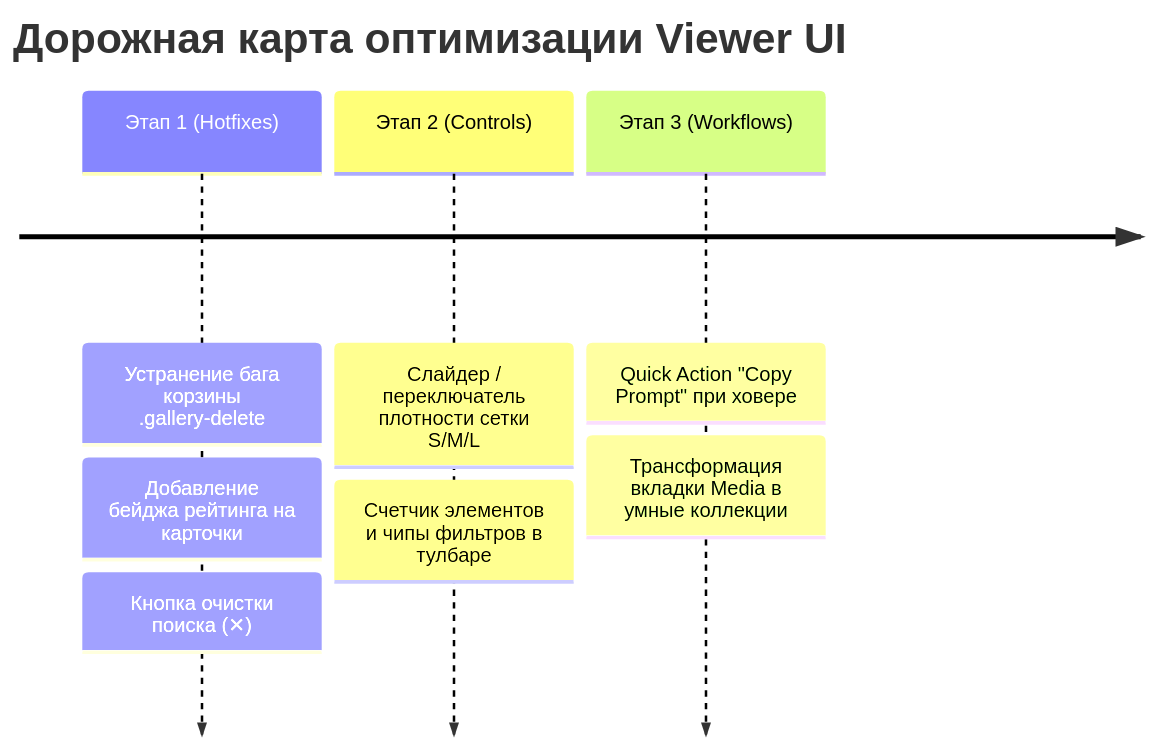
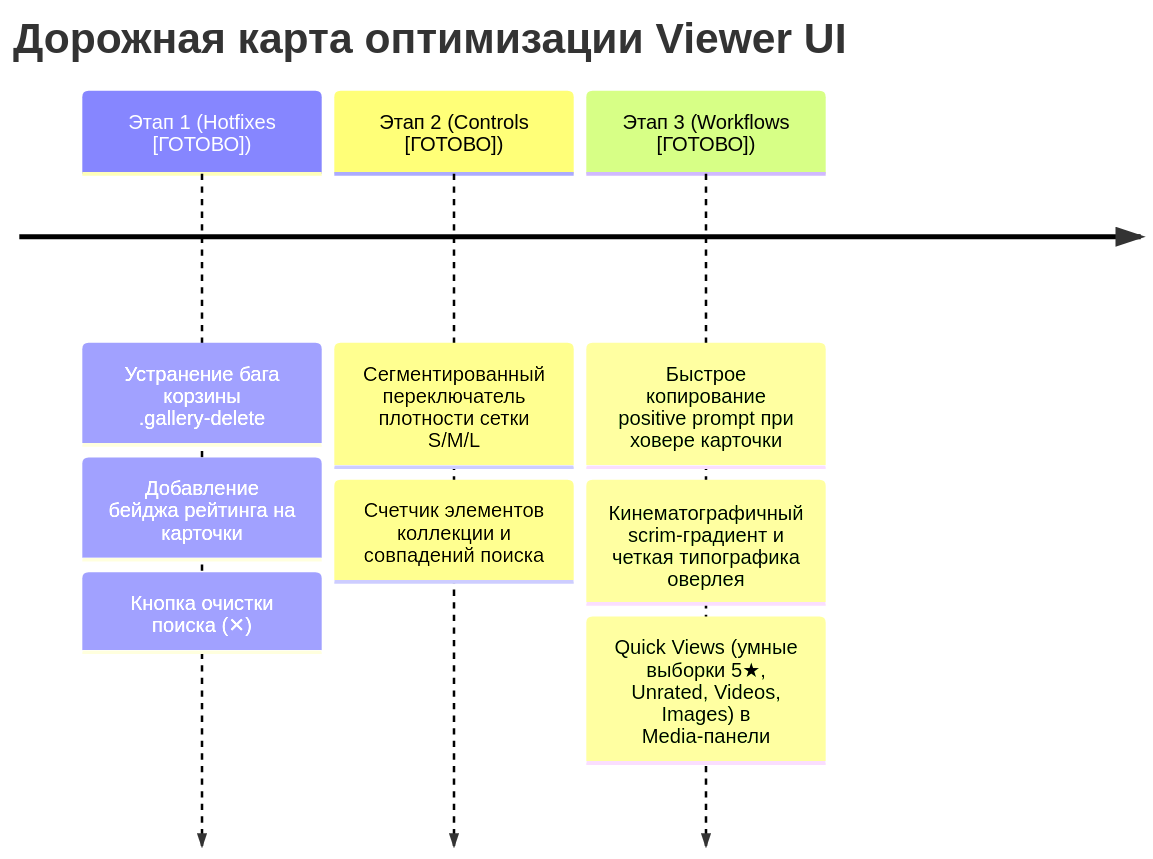
One commit to Vova4o/Veil changed the second of 2 diagrams in docs/viewer_ui_audit.md. Above: the diagram before and after it, drawn with Mermaid. The commit also changed other lines of this file and 10 other files, not shown here.

Commit message:
feat(ui): add quick copy prompt, cinematic card scrim, and sidebar quick views

````diff
--- a/docs/viewer_ui_audit.md
+++ b/docs/viewer_ui_audit.md
@@ -203,11 +203,12 @@
 ```mermaid
 timeline
     title Дорожная карта оптимизации Viewer UI
-    Этап 1 (Hotfixes) : Устранение бага корзины .gallery-delete
-                     : Добавление бейджа рейтинга на карточки
-                     : Кнопка очистки поиска (✕)
-    Этап 2 (Controls) : Слайдер / переключатель плотности сетки S/M/L
-                     : Счетчик элементов и чипы фильтров в тулбаре
-    Этап 3 (Workflows) : Quick Action "Copy Prompt" при ховере
-                     : Трансформация вкладки Media в умные коллекции
+    Этап 1 (Hotfixes [ГОТОВО]) : Устранение бага корзины .gallery-delete
+                             : Добавление бейджа рейтинга на карточки
+                             : Кнопка очистки поиска (✕)
+    Этап 2 (Controls [ГОТОВО]) : Сегментированный переключатель плотности сетки S/M/L
+                             : Счетчик элементов коллекции и совпадений поиска
+    Этап 3 (Workflows [ГОТОВО]): Быстрое копирование positive prompt при ховере карточки
+                             : Кинематографичный scrim-градиент и четкая типографика оверлея
+                             : Quick Views (умные выборки 5★, Unrated, Videos, Images) в Media-панели
 ```
````
